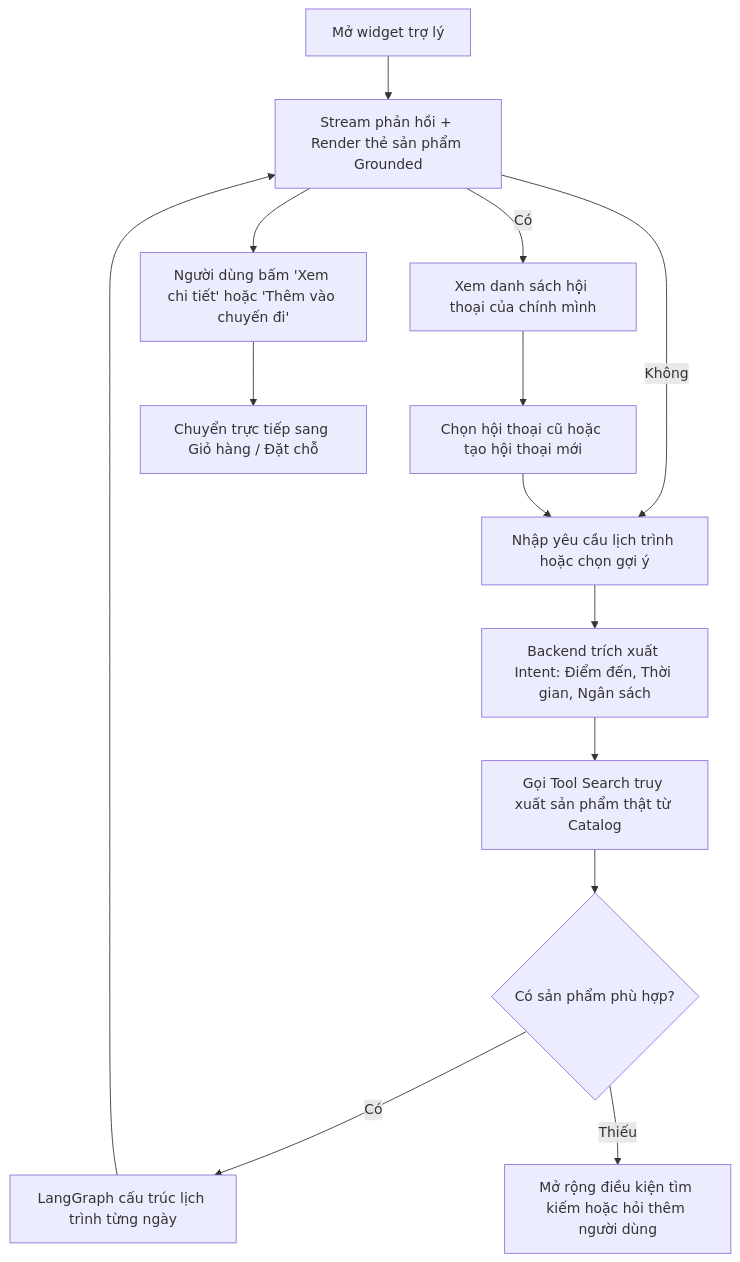
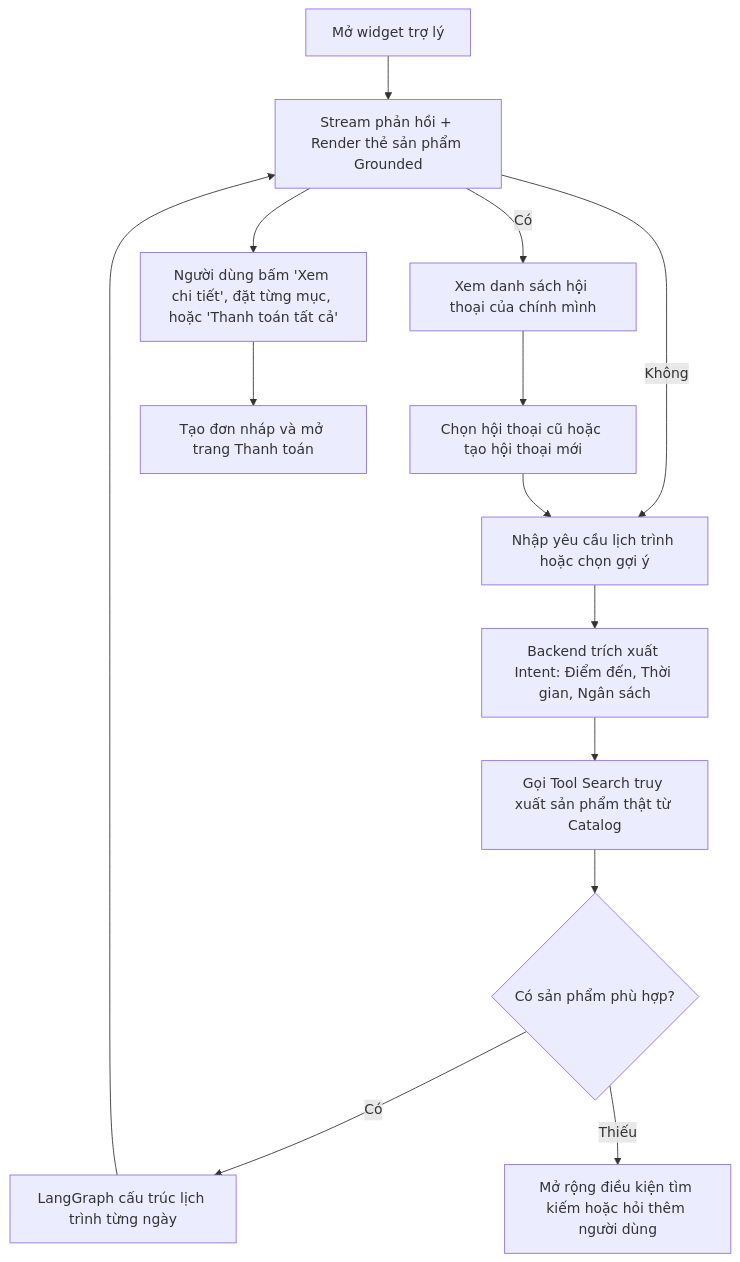
The second of 3 diagrams in docs/prd/user-flow.md (NguyenNhat4/Travel-Recommend-System), drawn with Mermaid before and after one commit. The commit also changed other lines of this file and 129 other files, not shown here.

````diff
--- a/docs/prd/user-flow.md
+++ b/docs/prd/user-flow.md
@@ -67,16 +67,16 @@
 ```mermaid
 flowchart TD
     A[Mở widget trợ lý] --> H{Đã đăng nhập?}
     H -->|Có| L[Xem danh sách hội thoại của chính mình]
     L --> M[Chọn hội thoại cũ hoặc tạo hội thoại mới]
     H -->|Không| B[Nhập yêu cầu lịch trình hoặc chọn gợi ý]
     M --> B
     B --> C[Backend trích xuất Intent: Điểm đến, Thời gian, Ngân sách]
     C --> D[Gọi Tool Search truy xuất sản phẩm thật từ Catalog]
     D --> E{Có sản phẩm phù hợp?}
     E -->|Có| F[LangGraph cấu trúc lịch trình từng ngày]
     E -->|Thiếu| G[Mở rộng điều kiện tìm kiếm hoặc hỏi thêm người dùng]
     F --> H[Stream phản hồi + Render thẻ sản phẩm Grounded]
-    H --> I[Người dùng bấm 'Xem chi tiết' hoặc 'Thêm vào chuyến đi']
-    I --> J[Chuyển trực tiếp sang Giỏ hàng / Đặt chỗ]
+    H --> I[Người dùng bấm 'Xem chi tiết', đặt từng mục, hoặc 'Thanh toán tất cả']
+    I --> J[Tạo đơn nháp và mở trang Thanh toán]
 ```
````
